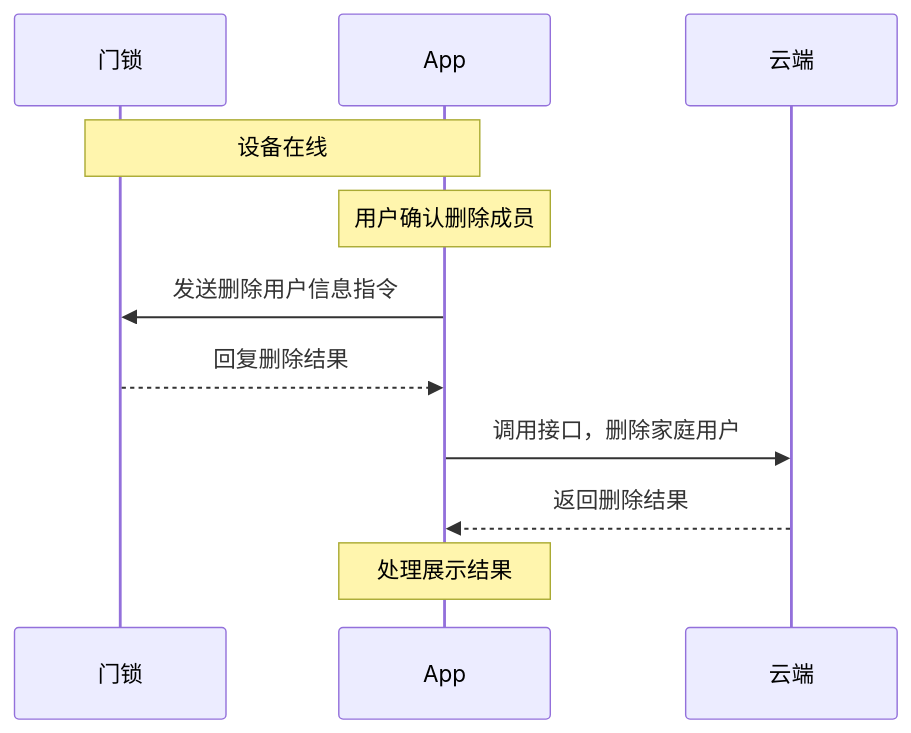
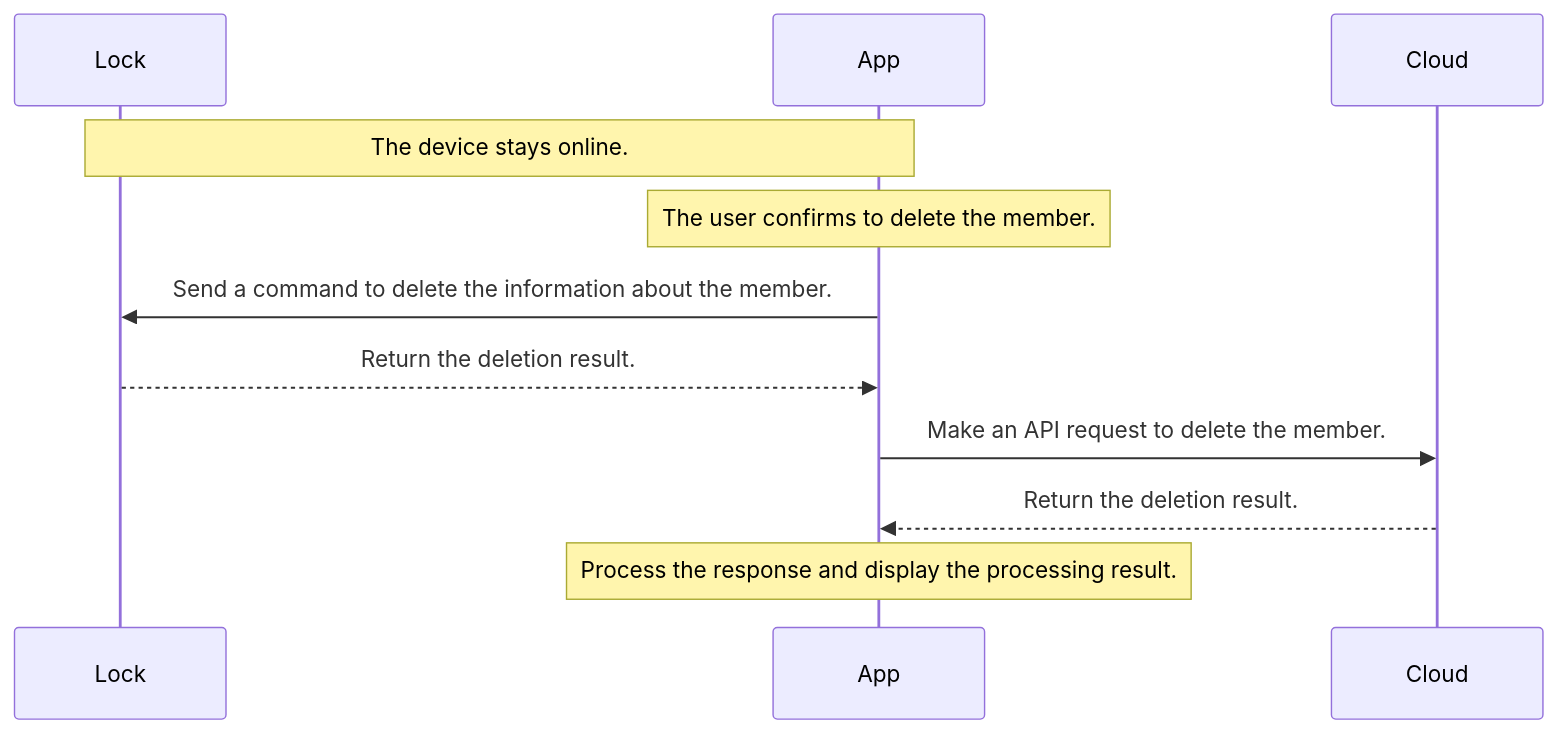
The first of 11 diagrams in lock/README.md (tuya/tuya-lock-android-demo), drawn with Mermaid before and after one commit. The commit also changed other lines of this file and 1 other file, not shown here.

````diff
--- a/lock/README.md
+++ b/lock/README.md
@@ -169,13 +182,13 @@
 ```mermaid
 sequenceDiagram
-participant D as 门锁
+participant D as Lock
 participant A as App
-participant C as 云端
-Note over D,A: 设备在线
-Note over A: 用户确认删除成员
-A->>D: 发送删除用户信息指令
-D-->>A: 回复删除结果
-A->>C : 调用接口，删除家庭用户
-C-->>A: 返回删除结果
-Note over A: 处理展示结果
+participant C as Cloud
+Note over D,A: The device stays online.
+Note over A: The user confirms to delete the member.
+A->>D: Send a command to delete the information about the member.
+D-->>A: Return the deletion result.
+A->>C: Make an API request to delete the member.
+C-->>A: Return the deletion result.
+Note over A: Process the response and display the processing result.
 ```
````
